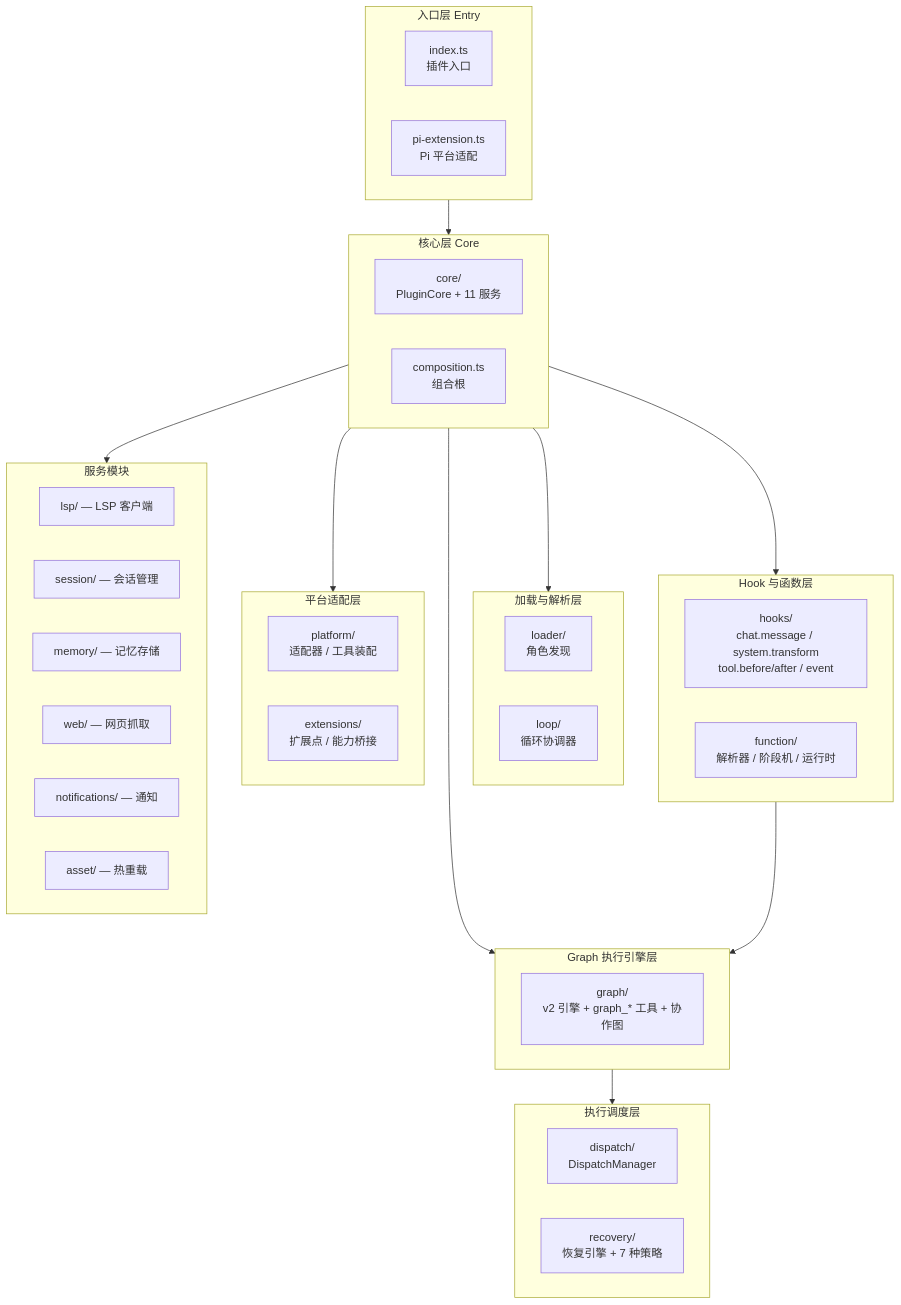
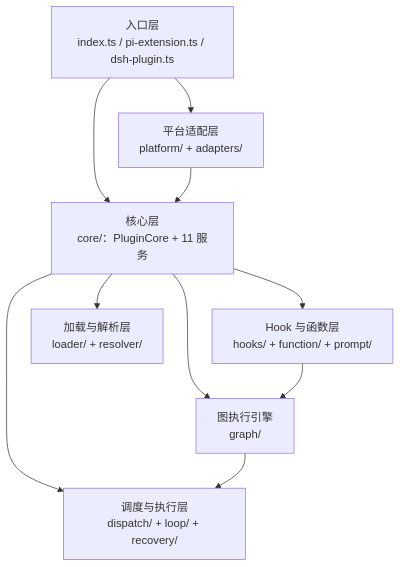
One commit to EricMoin/rolebox-docs changed the second of 2 diagrams in docs/01-Overview/architecture-overview.md. Above: the diagram before and after it, drawn with Mermaid. The commit also changed other lines of this file and 62 other files, not shown here.

````diff
--- a/docs/01-Overview/architecture-overview.md
+++ b/docs/01-Overview/architecture-overview.md
@@ -214,55 +168,20 @@
 ```mermaid
 graph TD
-    subgraph Entry["入口层 Entry"]
-        E1["index.ts<br/>插件入口"]
-        E2["pi-extension.ts<br/>Pi 平台适配"]
-    end
+    Entry["入口层<br/>index.ts / pi-extension.ts / dsh-plugin.ts"]
+    Platform["平台适配层<br/>platform/ + adapters/"]
+    Core["核心层<br/>core/：PluginCore + 11 服务"]
+    HookFunc["Hook 与函数层<br/>hooks/ + function/ + prompt/"]
+    GraphL["图执行引擎<br/>graph/"]
+    Exec["调度与执行层<br/>dispatch/ + loop/ + recovery/"]
+    LoadRes["加载与解析层<br/>loader/ + resolver/"]
 
-    subgraph Core["核心层 Core"]
-        C1["core/<br/>PluginCore + 11 服务"]
-        C2["composition.ts<br/>组合根"]
-    end
-
-    subgraph LoadRes["加载与解析层"]
-        L1["loader/<br/>角色发现"]
-        L2["resolver/<br/>技能/引用解析"]
-    end
-
-    subgraph HookFunc["Hook 与函数层"]
-        H1["hooks/<br/>chat.message / system.transform<br/>tool.before/after / event"]
-        F1["function/<br/>解析器 / 阶段机 / 运行时"]
-    end
-
-    subgraph Exec["执行调度层"]
-        D1["dispatch/<br/>DispatchManager"]
-        L2["loop/<br/>循环协调器"]
-        R1["recovery/<br/>恢复引擎 + 7 种策略"]
-    end
-
-    subgraph GraphL["Graph 执行引擎层"]
-        G1["graph/<br/>v2 引擎 + graph_* 工具 + 协作图"]
-    end
-
-    subgraph Platform["平台适配层"]
-        P1["platform/<br/>适配器 / 工具装配"]
-        P2["extensions/<br/>扩展点 / 能力桥接"]
-    end
-
-    subgraph Services["服务模块"]
-        S1["lsp/ — LSP 客户端"]
-        S2["session/ — 会话管理"]
-        S3["memory/ — 记忆存储"]
-        S4["web/ — 网页抓取"]
-        S5["notifications/ — 通知"]
-        S6["asset/ — 热重载"]
-    end
-
+    Entry --> Platform
     Entry --> Core
     Core --> LoadRes
     Core --> HookFunc
     Core --> GraphL
+    Core --> Exec
     HookFunc --> GraphL
     GraphL --> Exec
-    Core --> Platform
-    Core --> Services
+    Platform --> Core
 ```
````
